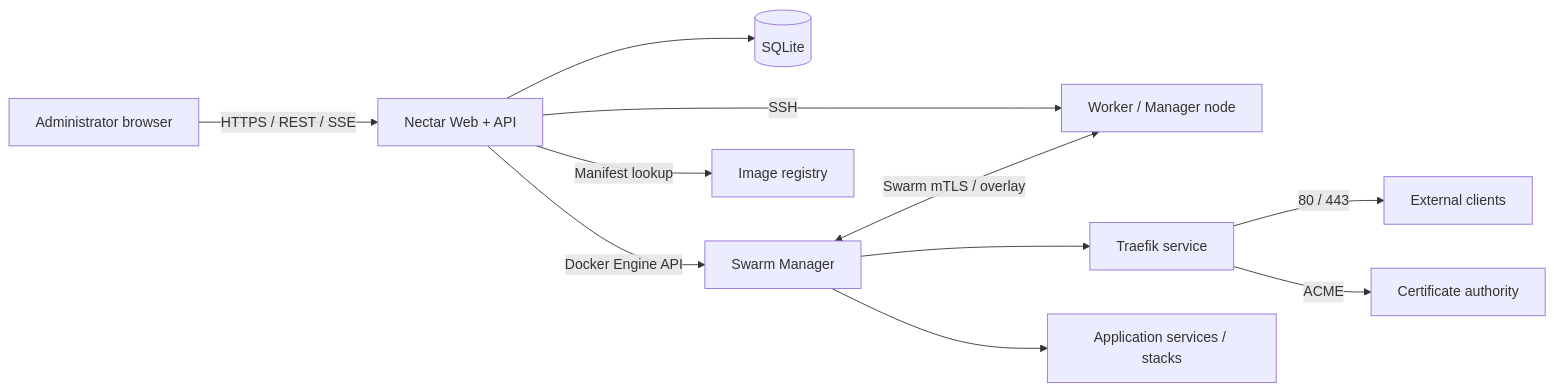
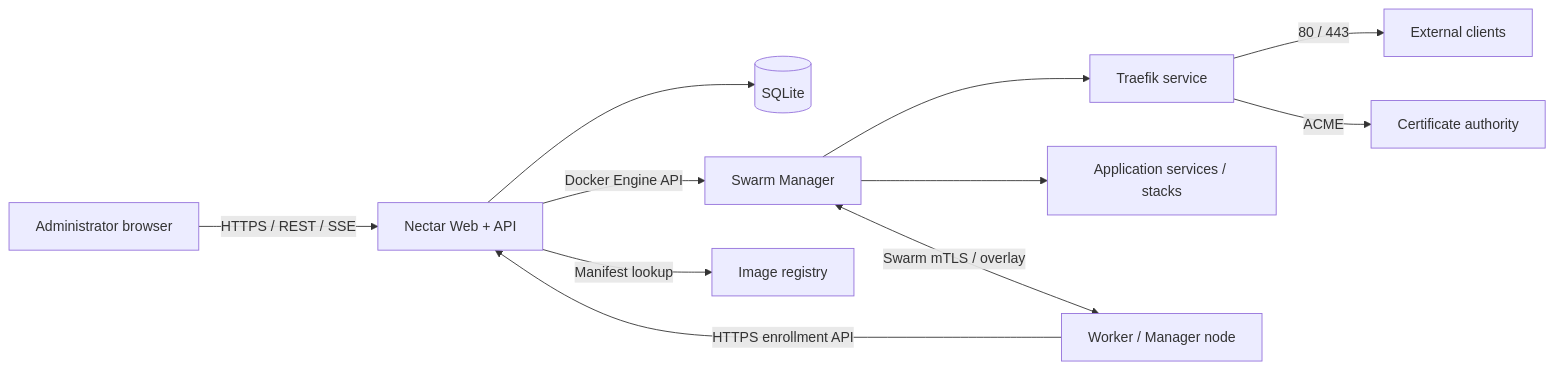
The diagram in docs/PRODUCT_AND_TECHNICAL_PLAN.md (nectarops/nectar), drawn with Mermaid before and after one commit. The commit also changed other lines of this file and 24 other files, not shown here.

````diff
--- a/docs/PRODUCT_AND_TECHNICAL_PLAN.md
+++ b/docs/PRODUCT_AND_TECHNICAL_PLAN.md
@@ -162,13 +160,13 @@
 ```mermaid
 flowchart LR
     U[Administrator browser] -->|HTTPS / REST / SSE| W[Nectar Web + API]
     W --> DB[(SQLite)]
     W -->|Docker Engine API| S[Swarm Manager]
-    W -->|SSH| N1[Worker / Manager node]
+    N1[Worker / Manager node] -->|HTTPS enrollment API| W
     W -->|Manifest lookup| R[Image registry]
     S --> T[Traefik service]
     S --> A[Application services / stacks]
     T -->|80 / 443| C[External clients]
     T -->|ACME| LE[Certificate authority]
     S <-->|Swarm mTLS / overlay| N1
 ```
````
